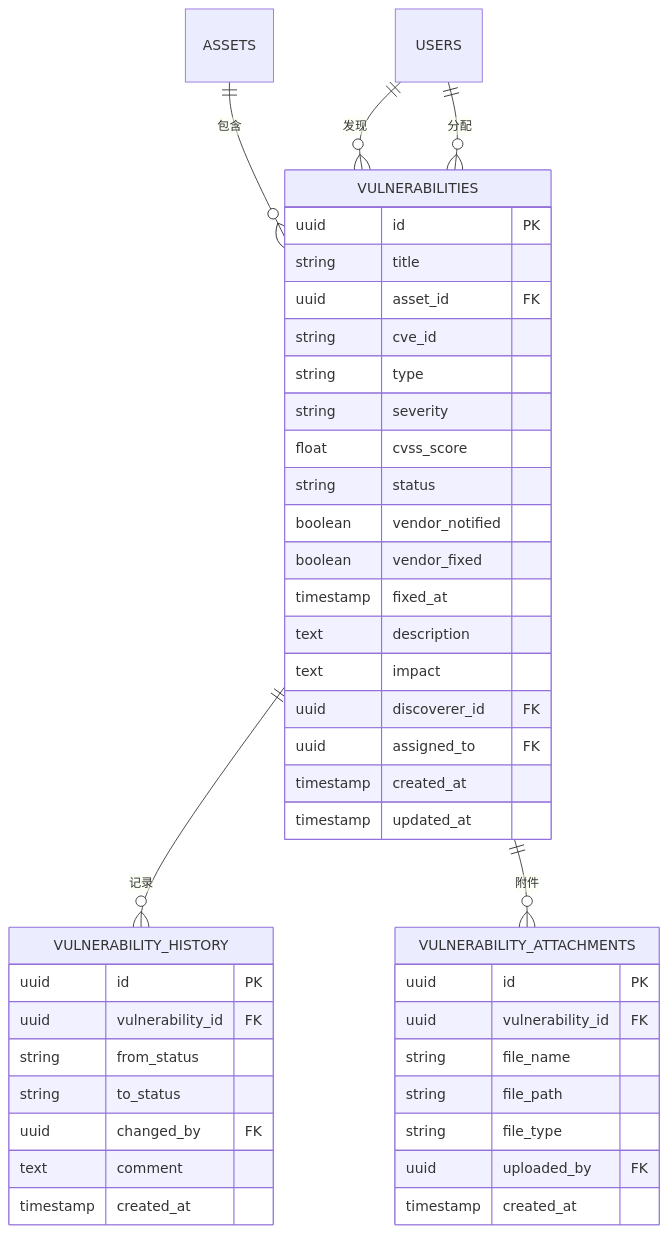
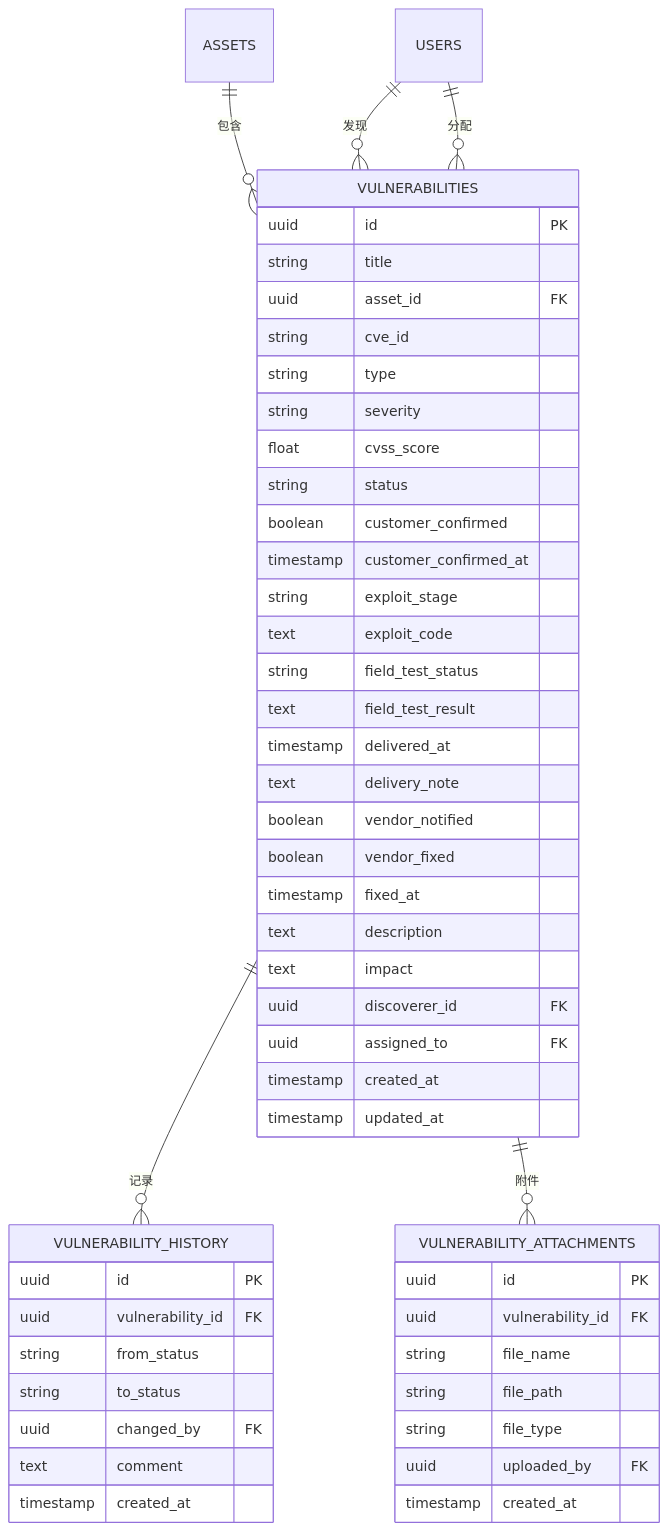
Before and after one commit to dayutech/Vuln-Audit-Lifecycle-Management: the second of 9 diagrams in docs/design/er_diagram.md, drawn with Mermaid. The commit also changed 5 other files, not shown here.

````diff
--- a/docs/design/er_diagram.md
+++ b/docs/design/er_diagram.md
@@ -87,48 +87,56 @@
 ```mermaid
 erDiagram
     ASSETS ||--o{ VULNERABILITIES : "包含"
     USERS ||--o{ VULNERABILITIES : "发现"
     USERS ||--o{ VULNERABILITIES : "分配"
     VULNERABILITIES ||--o{ VULNERABILITY_HISTORY : "记录"
     VULNERABILITIES ||--o{ VULNERABILITY_ATTACHMENTS : "附件"
     
     VULNERABILITIES {
         uuid id PK
         string title
         uuid asset_id FK
         string cve_id
         string type
         string severity
         float cvss_score
         string status
+        boolean customer_confirmed
+        timestamp customer_confirmed_at
+        string exploit_stage
+        text exploit_code
+        string field_test_status
+        text field_test_result
+        timestamp delivered_at
+        text delivery_note
         boolean vendor_notified
         boolean vendor_fixed
         timestamp fixed_at
         text description
         text impact
         uuid discoverer_id FK
         uuid assigned_to FK
         timestamp created_at
         timestamp updated_at
     }
     
     VULNERABILITY_HISTORY {
         uuid id PK
         uuid vulnerability_id FK
         string from_status
         string to_status
         uuid changed_by FK
         text comment
         timestamp created_at
     }
     
     VULNERABILITY_ATTACHMENTS {
         uuid id PK
         uuid vulnerability_id FK
         string file_name
         string file_path
         string file_type
         uuid uploaded_by FK
         timestamp created_at
     }
 ```
````
